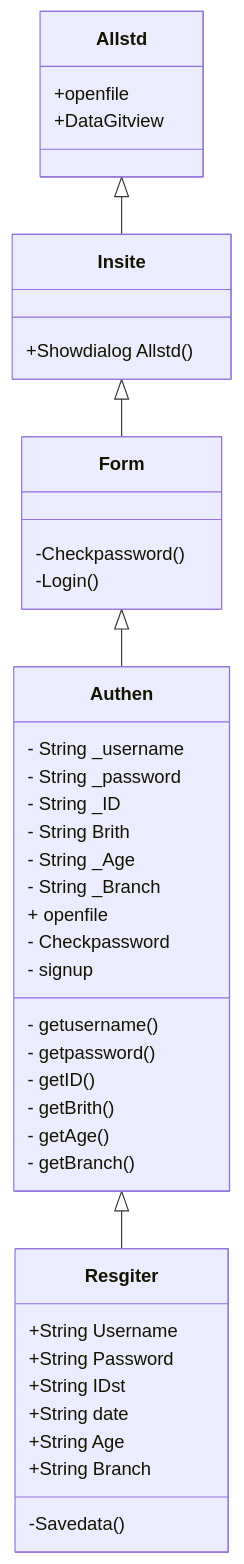
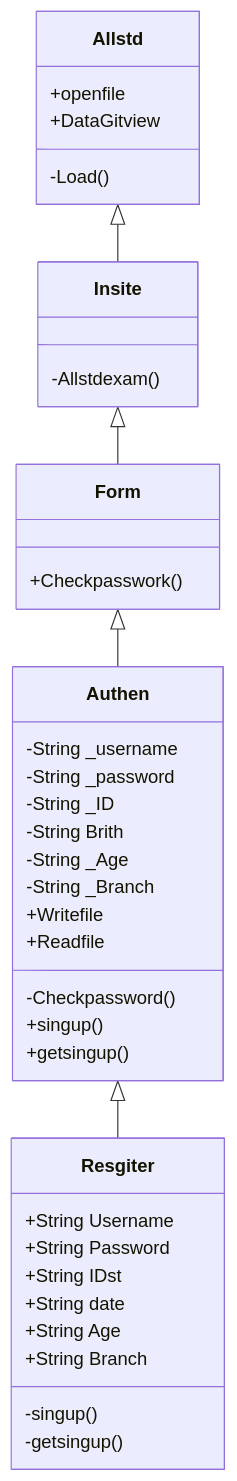
One commit to NopphasinSriburin/Projact changed the diagram in README.md. Above: the diagram before and after it, drawn with Mermaid.

````diff
--- a/README.md
+++ b/README.md
@@ -10,45 +10,43 @@
 ```mermaid
 classDiagram
    class Form{
-    -Checkpassword()
-    -Login()
+    +Checkpasswork()
    }
    class Resgiter{
     +String Username
     +String Password
     +String IDst
     +String date
     +String Age
     +String Branch
-    -Savedata()
+    -singup()
+    -getsingup()
    }
   class Authen{
-    - String _username
-    - String _password
-    - String _ID
-    - String Brith
-    - String _Age
-    - String _Branch
-    + openfile
-    - getusername()
-    - getpassword()
-    - getID()
-    - getBrith()
-    - getAge()
-    - getBranch()
-    - Checkpassword
-    - signup
+    -String _username
+    -String _password
+    -String _ID
+    -String Brith
+    -String _Age
+    -String _Branch
+    -Checkpassword()
+    +singup()
+    +getsingup()
+    +Writefile
+    +Readfile
+
   }
   class Insite{
-    +Showdialog Allstd()
+    -Allstdexam()
   }
   class Allstd{
+    -Load()
     +openfile
     +DataGitview
   }
   Authen <|-- Resgiter
   Form <|-- Authen
   Insite <|-- Form
   Allstd <|-- Insite
 
 ```
````
